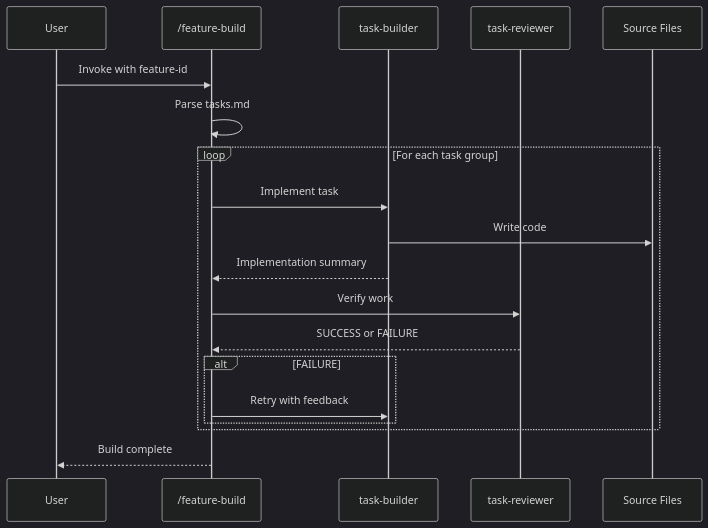
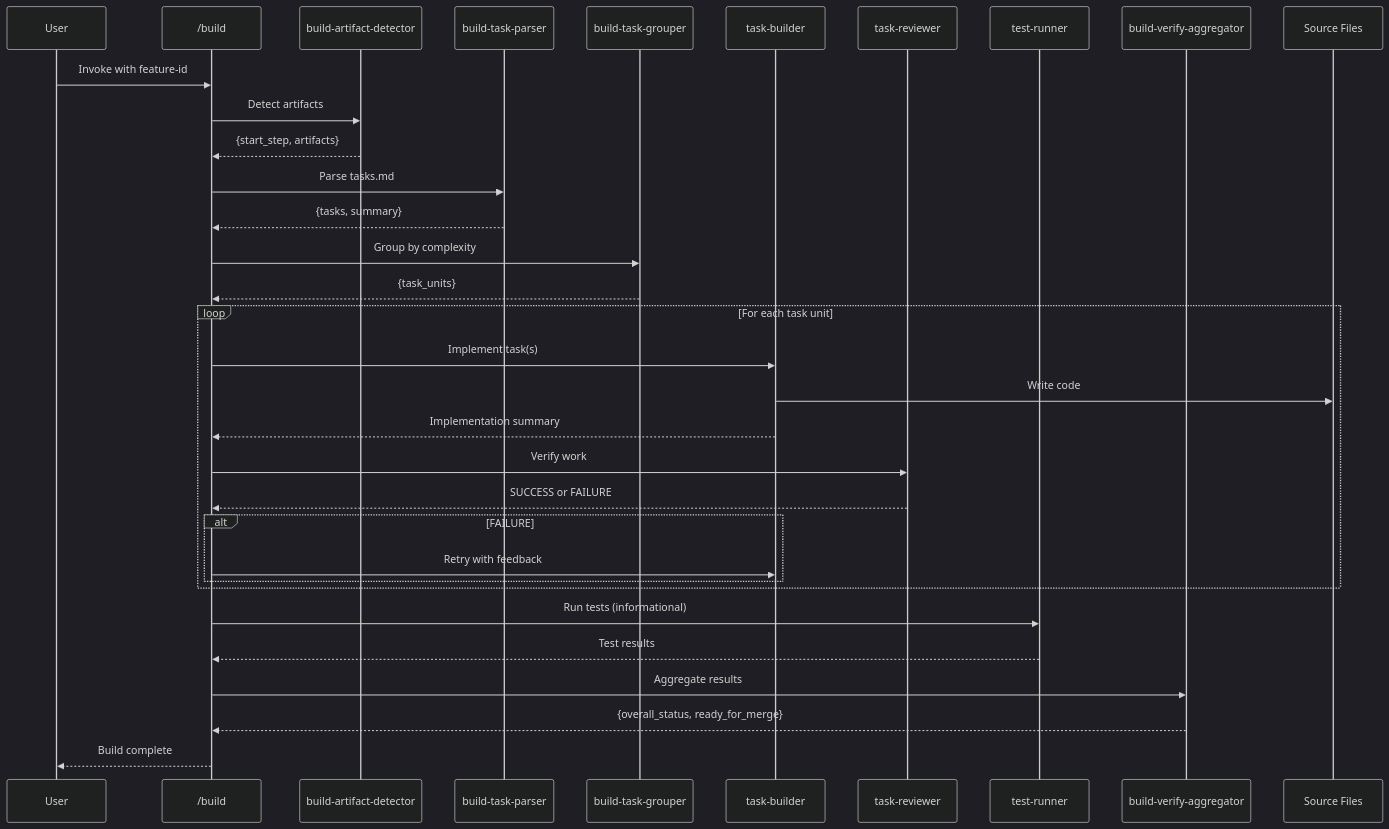
The third of 5 diagrams in .rp1/context/architecture.md (rp1-run/rp1), drawn with Mermaid (dark theme) before and after one commit. The commit also changed 8 other files, not shown here.

First line of the commit message:
feat(promts): build is now a wrapper command (#179)

````diff
--- a/.rp1/context/architecture.md
+++ b/.rp1/context/architecture.md
@@ -154,22 +154,36 @@
 ```mermaid
 sequenceDiagram
     participant User
-    participant Command as /feature-build
+    participant Build as /build
+    participant ArtDet as build-artifact-detector
+    participant Parser as build-task-parser
+    participant Grouper as build-task-grouper
     participant Builder as task-builder
     participant Reviewer as task-reviewer
+    participant Runner as test-runner
+    participant VerAgg as build-verify-aggregator
     participant Files as Source Files
 
-    User->>Command: Invoke with feature-id
-    Command->>Command: Parse tasks.md
-    loop For each task group
-        Command->>Builder: Implement task
+    User->>Build: Invoke with feature-id
+    Build->>ArtDet: Detect artifacts
+    ArtDet-->>Build: {start_step, artifacts}
+    Build->>Parser: Parse tasks.md
+    Parser-->>Build: {tasks, summary}
+    Build->>Grouper: Group by complexity
+    Grouper-->>Build: {task_units}
+    loop For each task unit
+        Build->>Builder: Implement task(s)
         Builder->>Files: Write code
-        Builder-->>Command: Implementation summary
-        Command->>Reviewer: Verify work
-        Reviewer-->>Command: SUCCESS or FAILURE
+        Builder-->>Build: Implementation summary
+        Build->>Reviewer: Verify work
+        Reviewer-->>Build: SUCCESS or FAILURE
         alt FAILURE
-            Command->>Builder: Retry with feedback
+            Build->>Builder: Retry with feedback
         end
     end
-    Command-->>User: Build complete
+    Build->>Runner: Run tests (informational)
+    Runner-->>Build: Test results
+    Build->>VerAgg: Aggregate results
+    VerAgg-->>Build: {overall_status, ready_for_merge}
+    Build-->>User: Build complete
 ```
````
